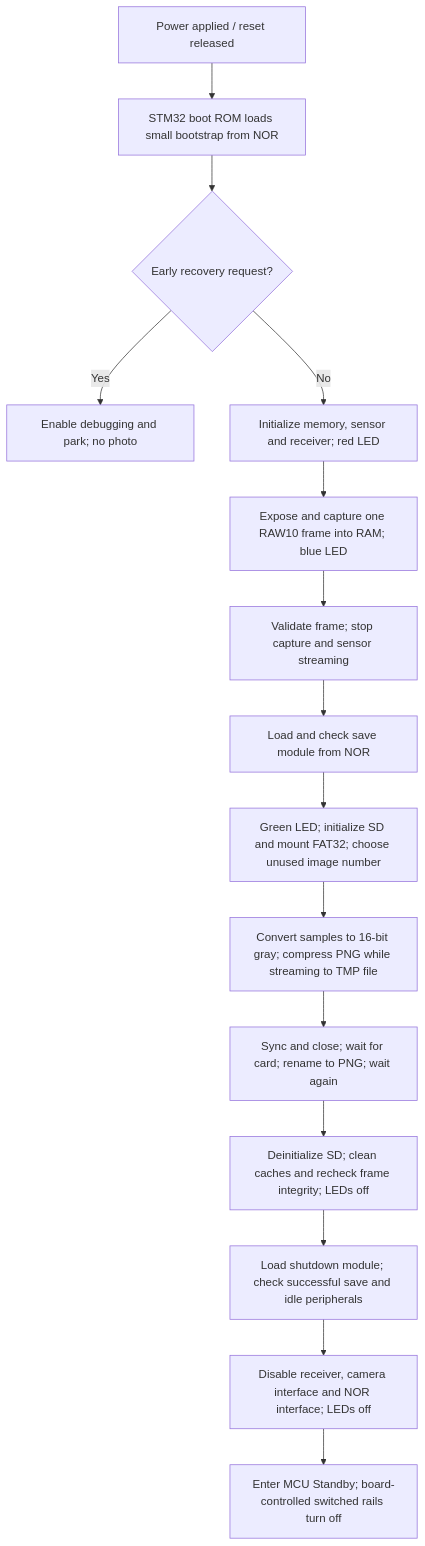
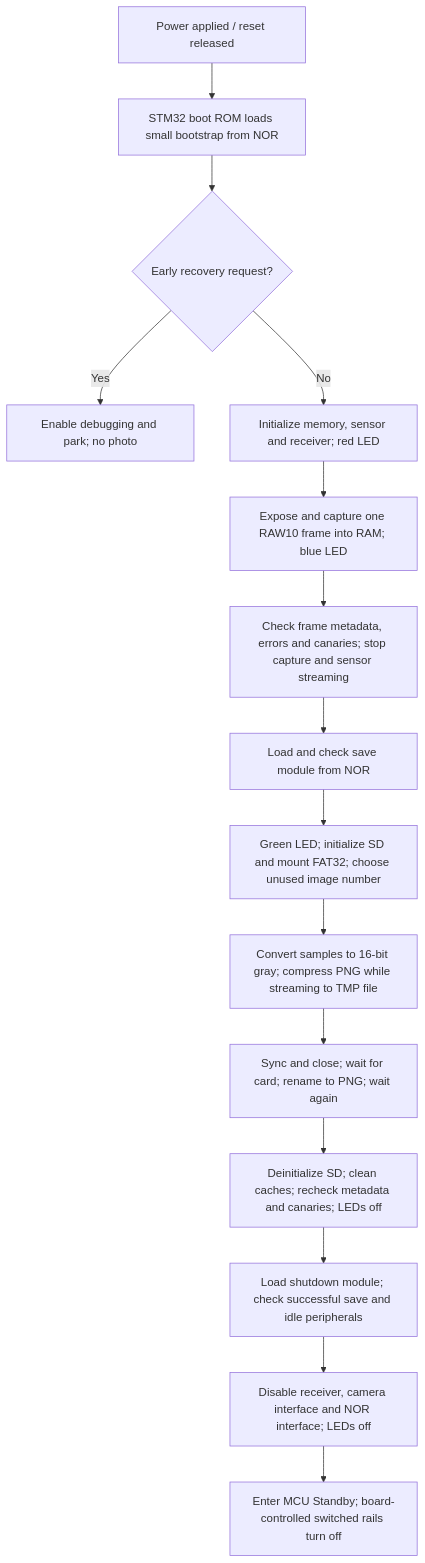
One commit to bigjosh/global-x-camera changed the diagram in firmware/capture-sd/README.md. Above: the diagram before and after it, drawn with Mermaid. The commit also changed other lines of this file and 3287 other files, not shown here.

````diff
--- a/firmware/capture-sd/README.md
+++ b/firmware/capture-sd/README.md
@@ -34,17 +99,17 @@
 ```mermaid
 flowchart TD
     A[Power applied / reset released] --> B[STM32 boot ROM loads small bootstrap from NOR]
     B --> C{Early recovery request?}
     C -->|Yes| R[Enable debugging and park; no photo]
     C -->|No| D[Initialize memory, sensor and receiver; red LED]
     D --> E[Expose and capture one RAW10 frame into RAM; blue LED]
-    E --> F[Validate frame; stop capture and sensor streaming]
+    E --> F[Check frame metadata, errors and canaries; stop capture and sensor streaming]
     F --> G[Load and check save module from NOR]
     G --> H[Green LED; initialize SD and mount FAT32; choose unused image number]
     H --> I[Convert samples to 16-bit gray; compress PNG while streaming to TMP file]
     I --> J[Sync and close; wait for card; rename to PNG; wait again]
-    J --> K[Deinitialize SD; clean caches and recheck frame integrity; LEDs off]
+    J --> K[Deinitialize SD; clean caches; recheck metadata and canaries; LEDs off]
     K --> L[Load shutdown module; check successful save and idle peripherals]
     L --> M[Disable receiver, camera interface and NOR interface; LEDs off]
     M --> N[Enter MCU Standby; board-controlled switched rails turn off]
 ```
````
